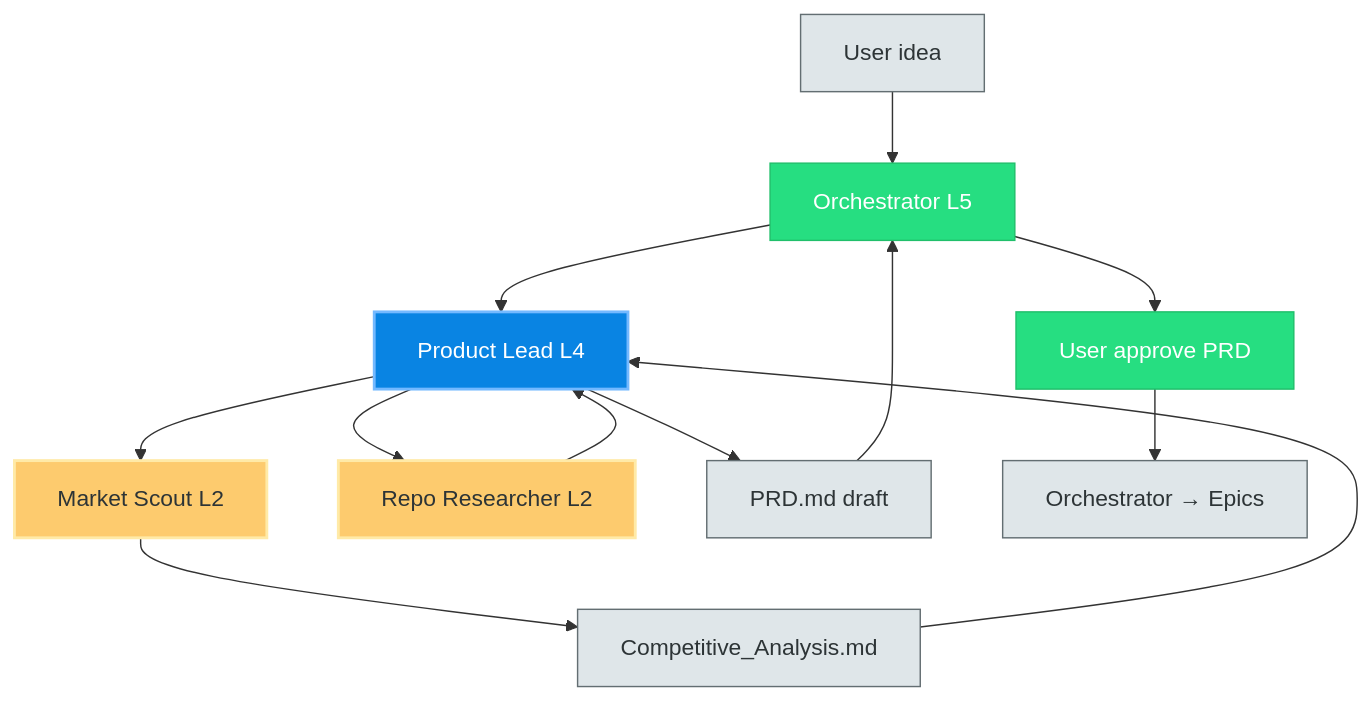
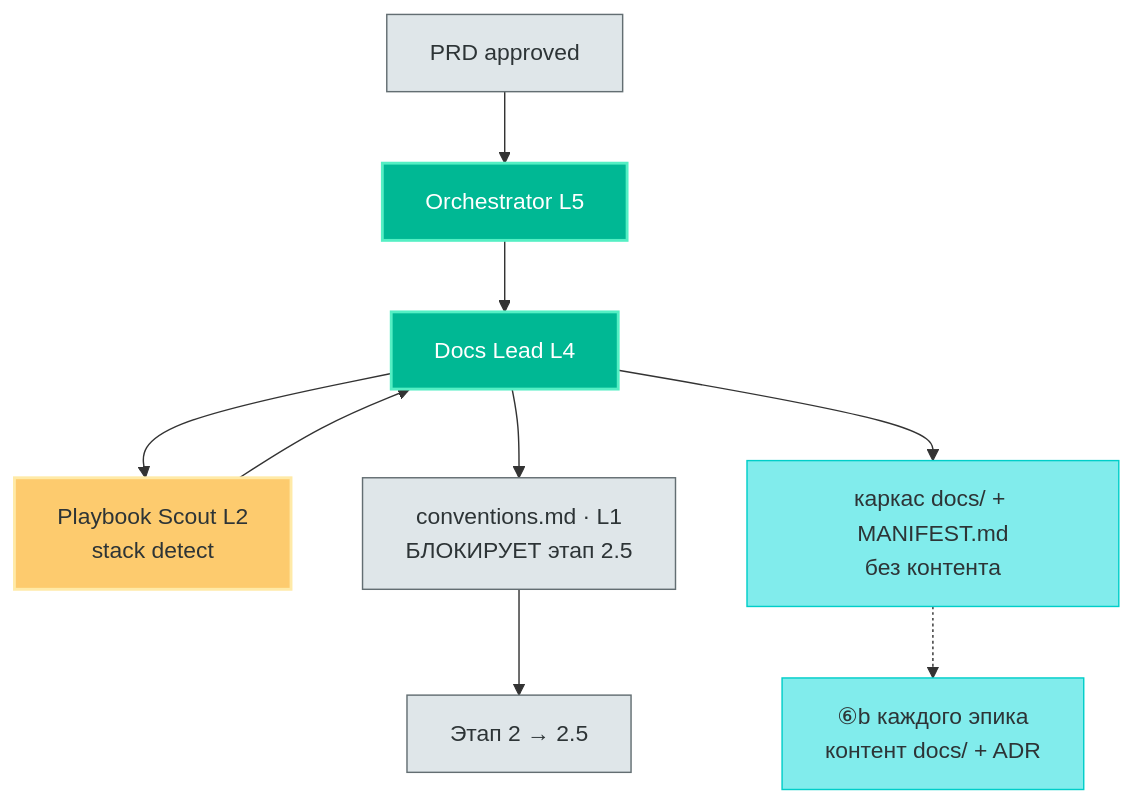
Diagram 12 of 21 in docs/architecture/orchestra-routing.md (GreyKxtx/Orchestra), drawn with Mermaid before and after one commit. The commit also changed other lines of this file and 108 other files, not shown here.

````diff
--- a/docs/architecture/orchestra-routing.md
+++ b/docs/architecture/orchestra-routing.md
@@ -537,24 +1034,22 @@
 ```mermaid
 flowchart TB
-    classDef pm fill:#0984e3,stroke:#74b9ff,stroke-width:2px,color:#fff
+    classDef docs fill:#00b894,stroke:#55efc4,stroke-width:2px,color:#fff
     classDef scout fill:#fdcb6e,stroke:#ffeaa7,stroke-width:2px,color:#2d3436
     classDef artifact fill:#dfe6e9,stroke:#636e72,color:#2d3436
-    classDef gate fill:#26de81,stroke:#20bf6b,color:#fff
+    classDef repo fill:#81ecec,stroke:#00cec9,color:#2d3436
 
-    Idea["User idea"]:::artifact
-    Orch["Orchestrator L5"]:::gate
-    PM["Product Lead L4"]:::pm
-    MS["Market Scout L2"]:::scout
-    RR["Repo Researcher L2"]:::scout
-    CA["Competitive_Analysis.md"]:::artifact
-    PRD["PRD.md draft"]:::artifact
-    Approve["User approve PRD"]:::gate
-    Epics["Orchestrator → Epics"]:::artifact
+    PRD["PRD approved"]:::artifact
+    Orch["Orchestrator L5"]:::docs
+    DL["Docs Lead L4"]:::docs
+    Scout["Playbook Scout L2<br>stack detect"]:::scout
+    PB["conventions.md · L1<br>БЛОКИРУЕТ этап 2.5"]:::artifact
+    Tree["каркас docs/ + MANIFEST.md<br>без контента"]:::repo
+    Next["Этап 2 → 2.5"]:::artifact
+    Later["⑥b каждого эпика<br>контент docs/ + ADR"]:::repo
 
-    Idea --> Orch --> PM
-    PM --> MS --> CA --> PM
-    PM --> RR --> PM
-    PM --> PRD
-    PRD --> Orch --> Approve
-    Approve --> Epics
+    PRD --> Orch --> DL
+    DL --> Scout --> DL
+    DL --> PB --> Next
+    DL --> Tree
+    Tree -.-> Later
 ```
````
